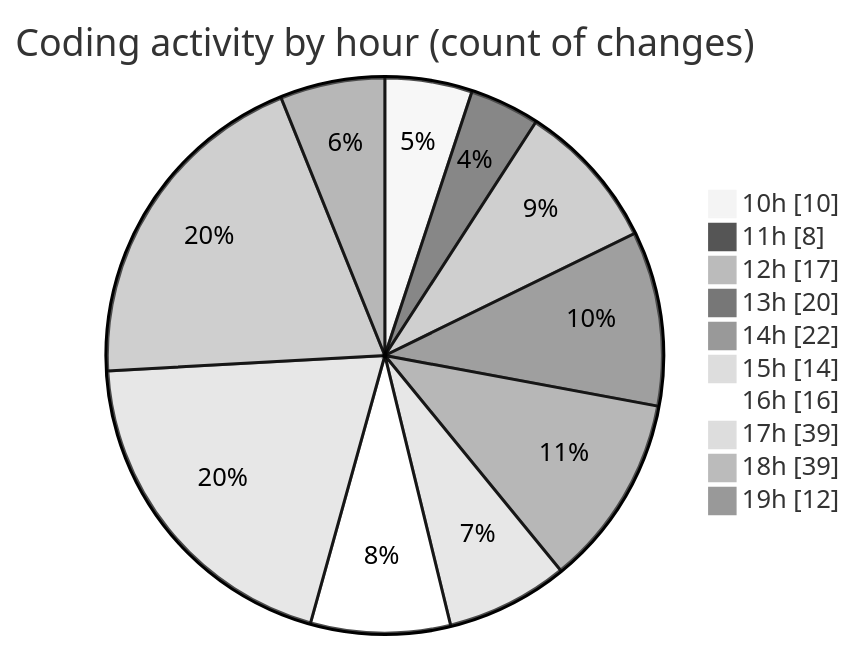
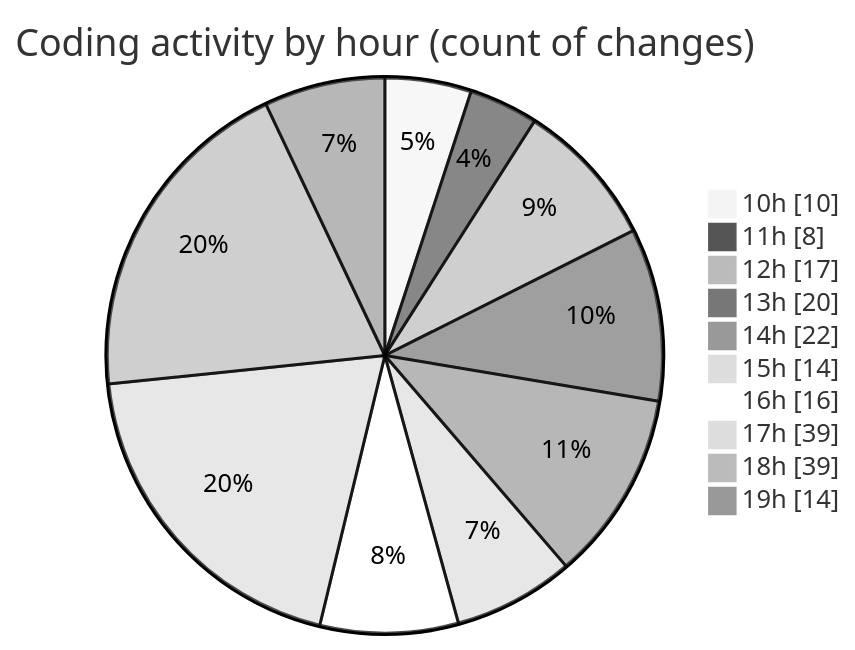
Before and after one commit to momahboobian/code-tracking: the second of 2 diagrams in 2025-12-03/cda/README.md, drawn with Mermaid (neutral theme). The commit also changed other lines of this file and 1 other file, not shown here.

````diff
--- a/2025-12-03/cda/README.md
+++ b/2025-12-03/cda/README.md
@@ -44,14 +44,14 @@
 ```mermaid
 pie showData
 title Coding activity by hour (count of changes)
 "10h" : 10
 "11h" : 8
 "12h" : 17
 "13h" : 20
 "14h" : 22
 "15h" : 14
 "16h" : 16
 "17h" : 39
 "18h" : 39
-"19h" : 12
+"19h" : 14
 ```
````
